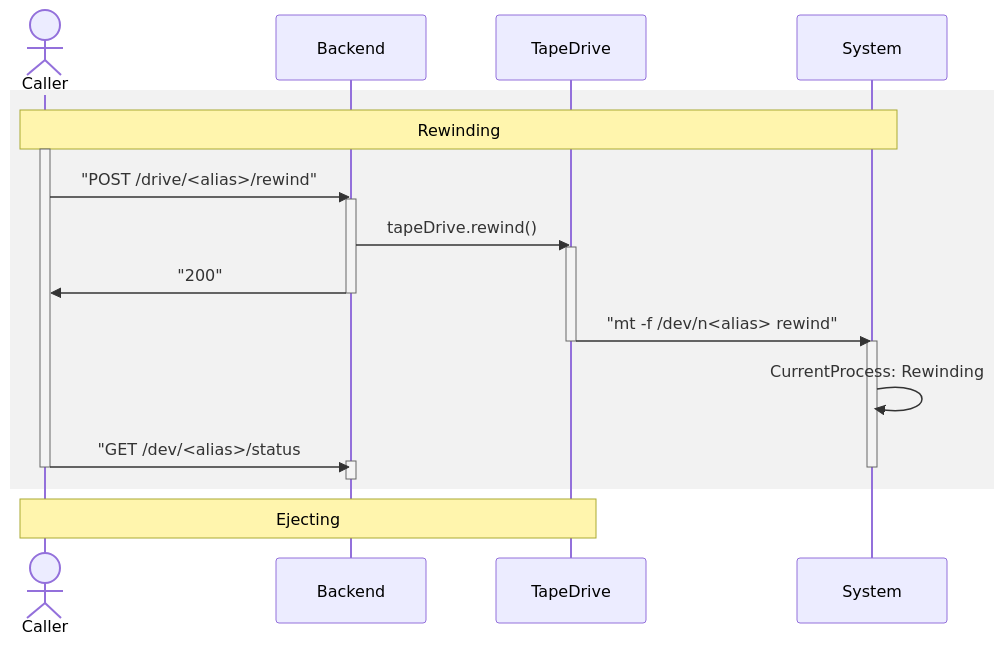
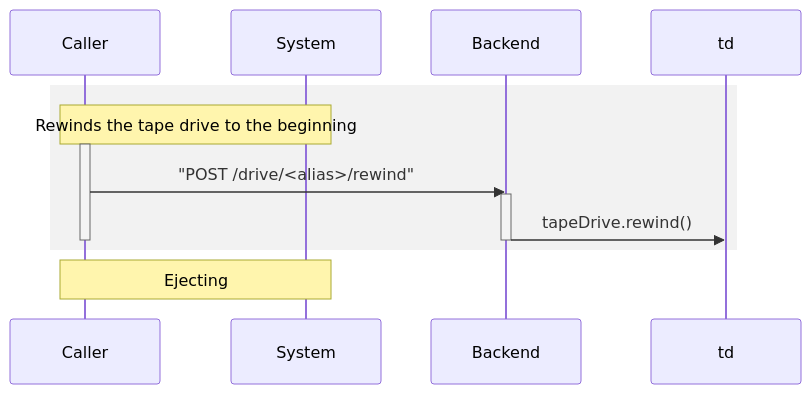
The third of 3 diagrams in docs/sequenceDiagrams.md (RPi2User/rutbs4), drawn with Mermaid before and after one commit. The commit also changed other lines of this file and 2 other files, not shown here.

````diff
--- a/docs/sequenceDiagrams.md
+++ b/docs/sequenceDiagrams.md
@@ -5,38 +129,19 @@
 ```mermaid
 sequenceDiagram
 
-actor Caller
-participant Backend
-participant TapeDrive
-participant System
-
-
 
 rect rgba(128,128,128,0.1)
-note over Caller,System: Rewinding
+note over Caller,System: Rewinds the tape drive to the beginning
 
 activate Caller
 Caller ->> Backend: "POST /drive/<alias>/rewind"
     activate Backend
-        Backend ->> TapeDrive: tapeDrive.rewind()
-        activate TapeDrive
-            Backend ->> Caller: "200"
+        Backend ->> td: tapeDrive.rewind()
     deactivate Backend
-            TapeDrive ->> System: "mt -f /dev/n<alias> rewind"
-            activate System
-        deactivate TapeDrive
-                System ->> System: CurrentProcess: Rewinding
-            
-
-Caller ->> Backend: "GET /dev/<alias>/status
-    activate Backend
-    
-    deactivate Backend
-            deactivate System
 deactivate Caller
 end
 
-note over Caller,TapeDrive: Ejecting
+note over Caller,System: Ejecting
 
 
 ```
````
